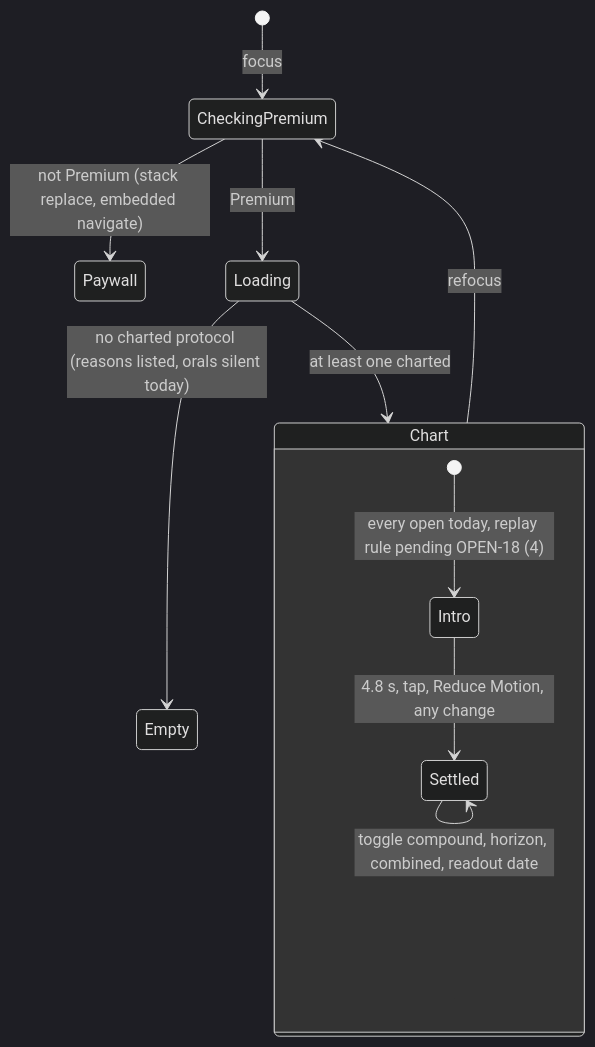
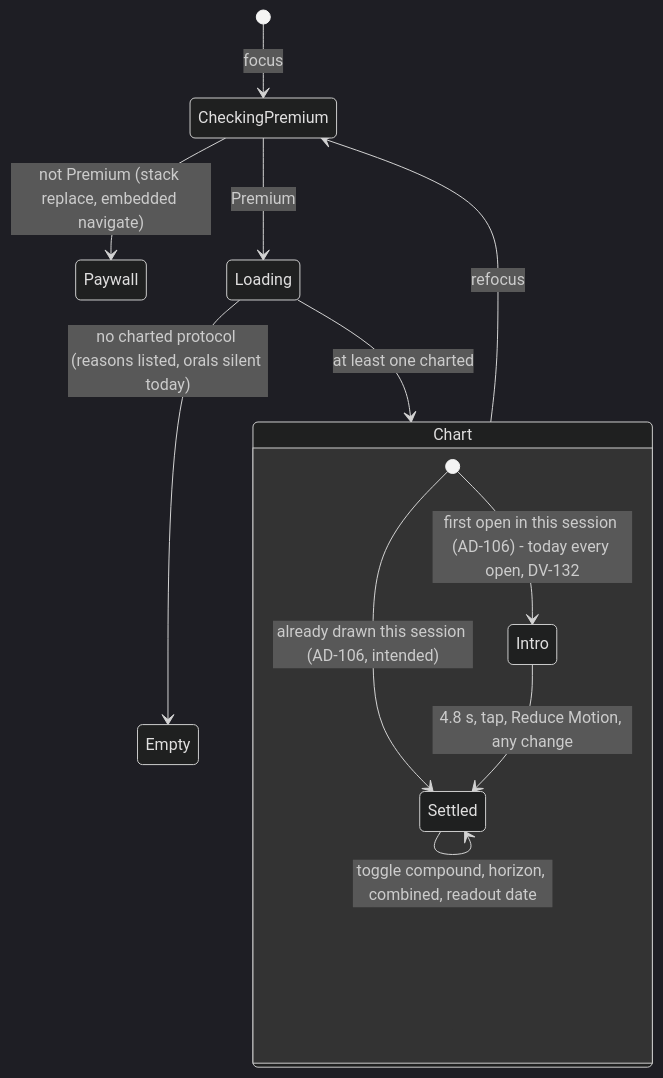
Before and after one commit to evandroviskis/dosetrace: the second of 5 diagrams in docs/product/flows/10-curve-and-journey.md, drawn with Mermaid (dark theme). The commit also changed other lines of this file and 22 other files, not shown here.

Commit message:
docs/product: founder answers of 2026-10-15 applied (0 OPEN; AD-77..AD-109; DL-102..108; DV targets 1.3.0 / 1.3.1; sign-out never blocked); 120 diagrams render

````diff
--- a/docs/product/flows/10-curve-and-journey.md
+++ b/docs/product/flows/10-curve-and-journey.md
@@ -69,14 +69,15 @@
 ```mermaid
 stateDiagram-v2
     [*] --> CheckingPremium: focus
     CheckingPremium --> Paywall: not Premium (stack replace, embedded navigate)
     CheckingPremium --> Loading: Premium
     Loading --> Empty: no charted protocol (reasons listed, orals silent today)
     Loading --> Chart: at least one charted
     state Chart {
-        [*] --> Intro: every open today, replay rule pending OPEN-18 (4)
+        [*] --> Intro: first open in this session (AD-106) - today every open, DV-132
+        [*] --> Settled: already drawn this session (AD-106, intended)
         Intro --> Settled: 4.8 s, tap, Reduce Motion, any change
         Settled --> Settled: toggle compound, horizon, combined, readout date
     }
     Chart --> CheckingPremium: refocus
 ```
````
